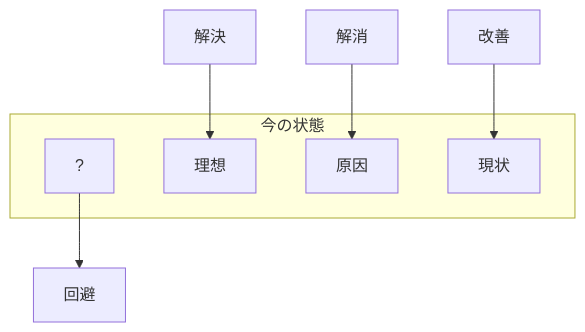
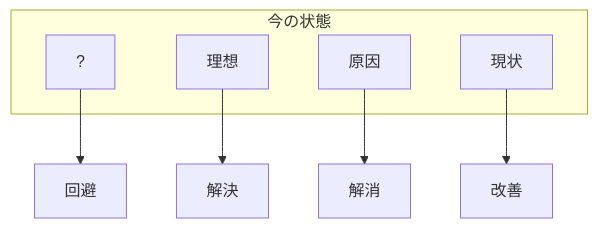
One commit to JunSasaki0077/obsidian changed the second of 2 diagrams in 読書/発想の回路.md. Above: the diagram before and after it, drawn with Mermaid. The commit also changed other lines of this file, not shown here.

````diff
--- a/読書/発想の回路.md
+++ b/読書/発想の回路.md
@@ -59,14 +59,14 @@
 ```mermaid
  graph TD
     ?-->回避;
-    解決-->理想;
-    解消-->原因;
-    改善-->現状;
+    理想-->解決;
+    原因-->解消;
+    現状-->改善;
     subgraph ide1 [今の状態]
     現状;
     原因;
     理想;
     ?;
     end
 
 ```
````
